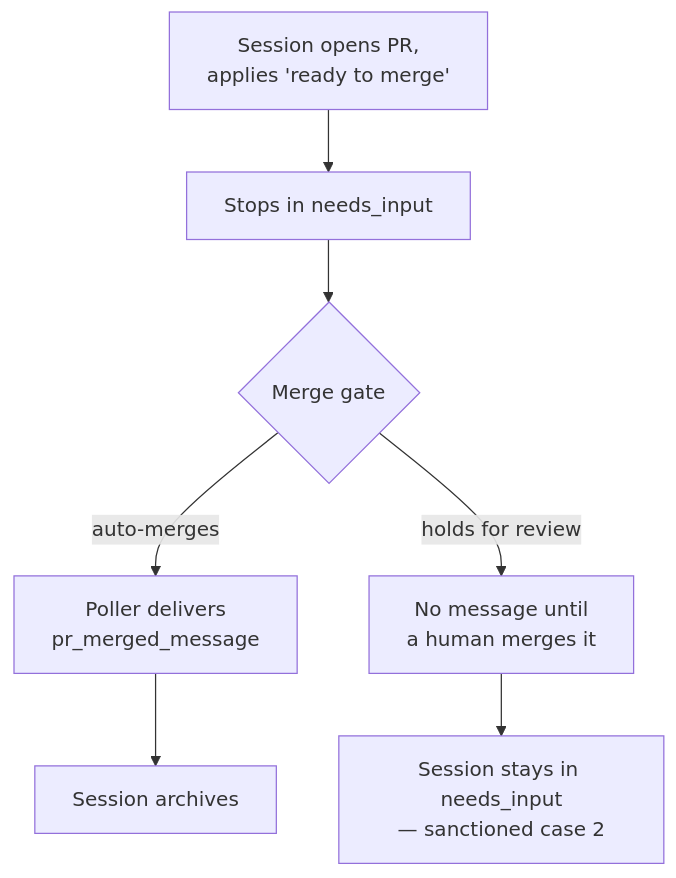
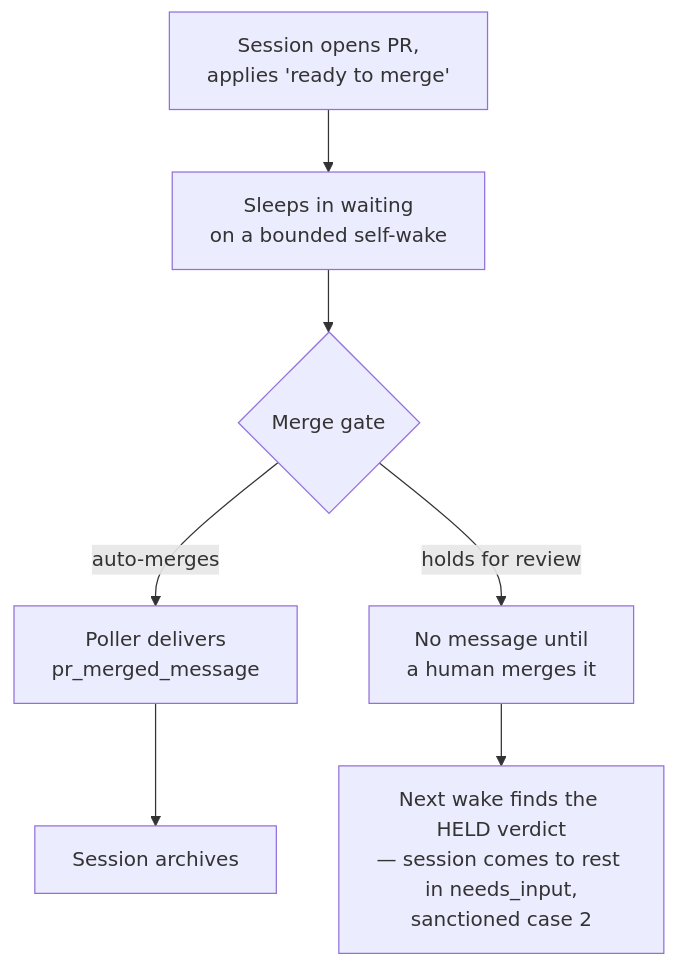
Before and after one commit to tadasant/zimmer: the first of 2 diagrams in docs/src/content/docs/sessions/goals.md, drawn with Mermaid. The commit also changed other lines of this file and 3 other files, not shown here.

````diff
--- a/docs/src/content/docs/sessions/goals.md
+++ b/docs/src/content/docs/sessions/goals.md
@@ -41,9 +52,9 @@
 ```mermaid
 flowchart TD
-    A["Session opens PR,<br/>applies 'ready to merge'"] --> B["Stops in needs_input"]
+    A["Session opens PR,<br/>applies 'ready to merge'"] --> B["Sleeps in waiting<br/>on a bounded self-wake"]
     B --> C{"Merge gate"}
     C -->|auto-merges| D["Poller delivers<br/>pr_merged_message"]
     D --> E["Session archives"]
     C -->|holds for review| F["No message until<br/>a human merges it"]
-    F --> G["Session stays in needs_input<br/>— sanctioned case 2"]
+    F --> G["Next wake finds the HELD verdict<br/>— session comes to rest in needs_input,<br/>sanctioned case 2"]
 ```
````
